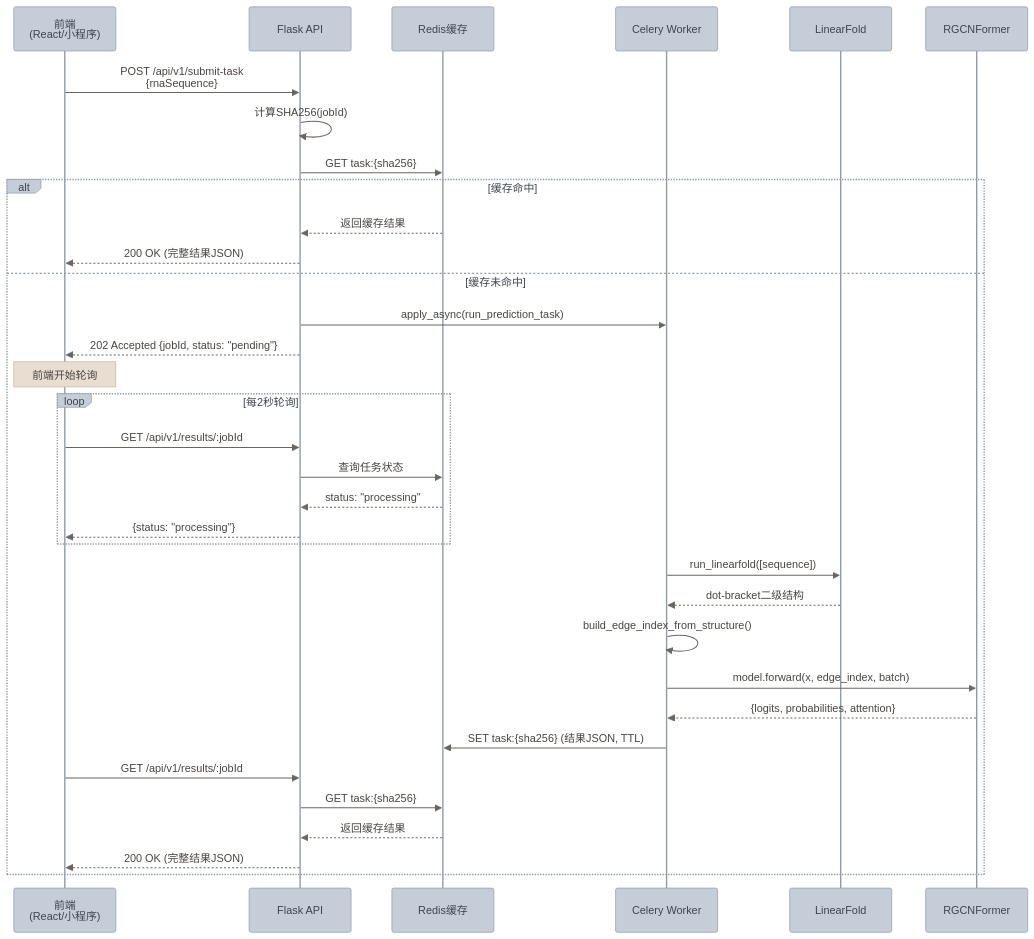
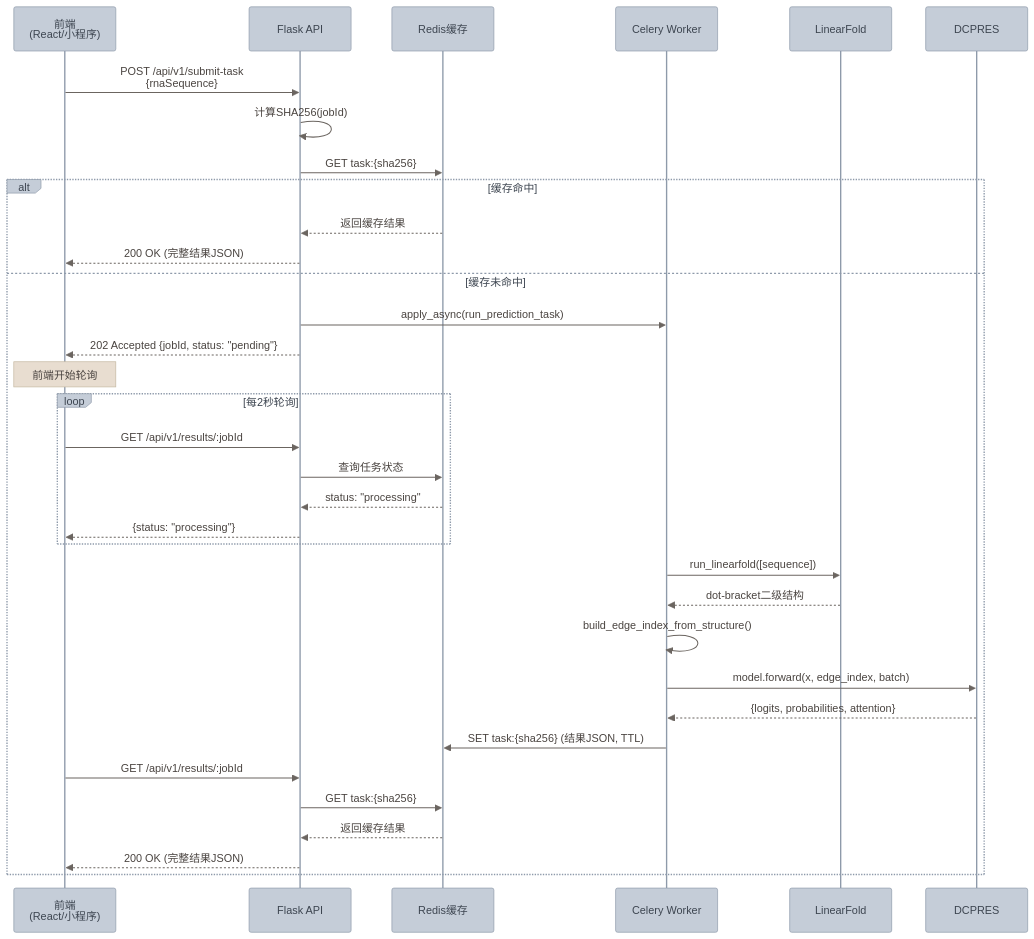
Before and after one commit to fdiskdc/RGCNFormer_WebAndWx_backend: the ninth of 19 diagrams in md/RMA序列修饰检测可视化系统架构说明文档.md, drawn with Mermaid. The commit also changed other lines of this file, not shown here.

````diff
--- a/md/RMA序列修饰检测可视化系统架构说明文档.md
+++ b/md/RMA序列修饰检测可视化系统架构说明文档.md
@@ -811,43 +823,43 @@
 ```mermaid
 %%{init: {'theme': 'base', 'themeVariables': {'primaryColor': '#EDE7E0', 'primaryTextColor': '#4A4440', 'primaryBorderColor': '#C4BAA8', 'lineColor': '#B0A898', 'secondaryColor': '#E2DCD4', 'background': '#F8F5F0', 'fontSize': '13px', 'actorBkg': '#C5CDD8', 'actorTextColor': '#3D4550', 'actorBorder': '#8E9AAA', 'signalColor': '#6B6560', 'signalTextColor': '#4A4440', 'activationBkgColor': '#EDE7E0', 'activationBorderColor': '#C4BAA8', 'sequenceNumberColor': '#F8F5F0', 'noteBkgColor': '#E8DDD0', 'noteTextColor': '#4A4440', 'noteBorderColor': '#C4B8A0'}}}%%
 sequenceDiagram
     participant 前端 as 前端<br/>(React/小程序)
     participant Flask as Flask API
     participant Redis as Redis缓存
     participant Celery as Celery Worker
     participant LF as LinearFold
-    participant Model as RGCNFormer
+    participant Model as DCPRES
 
     前端->>Flask: POST /api/v1/submit-task<br/>{rnaSequence}
     Flask->>Flask: 计算SHA256(jobId)
     Flask->>Redis: GET task:{sha256}
 
     alt 缓存命中
         Redis-->>Flask: 返回缓存结果
         Flask-->>前端: 200 OK (完整结果JSON)
     else 缓存未命中
         Flask->>Celery: apply_async(run_prediction_task)
         Flask-->>前端: 202 Accepted {jobId, status: "pending"}
         
         Note over 前端: 前端开始轮询
 
         loop 每2秒轮询
             前端->>Flask: GET /api/v1/results/:jobId
             Flask->>Redis: 查询任务状态
             Redis-->>Flask: status: "processing"
             Flask-->>前端: {status: "processing"}
         end
 
         Celery->>LF: run_linearfold([sequence])
         LF-->>Celery: dot-bracket二级结构
         Celery->>Celery: build_edge_index_from_structure()
         Celery->>Model: model.forward(x, edge_index, batch)
         Model-->>Celery: {logits, probabilities, attention}
         Celery->>Redis: SET task:{sha256} (结果JSON, TTL)
 
         前端->>Flask: GET /api/v1/results/:jobId
         Flask->>Redis: GET task:{sha256}
         Redis-->>Flask: 返回缓存结果
         Flask-->>前端: 200 OK (完整结果JSON)
     end
 ```
````
